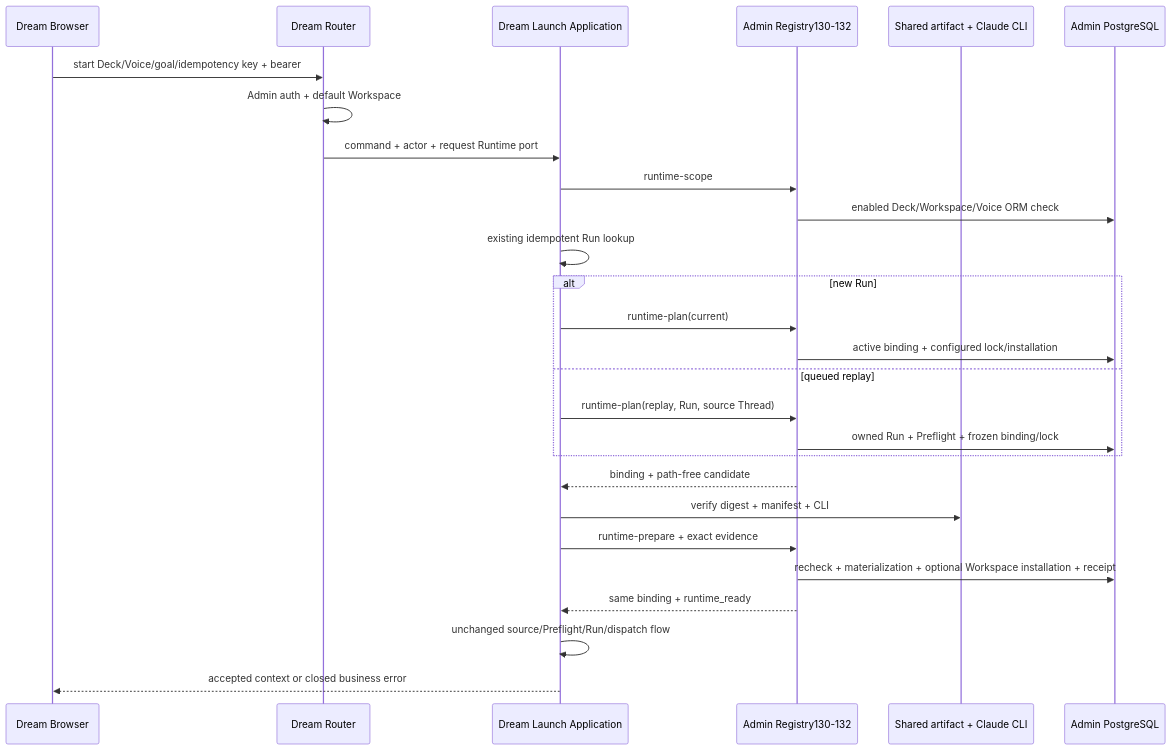
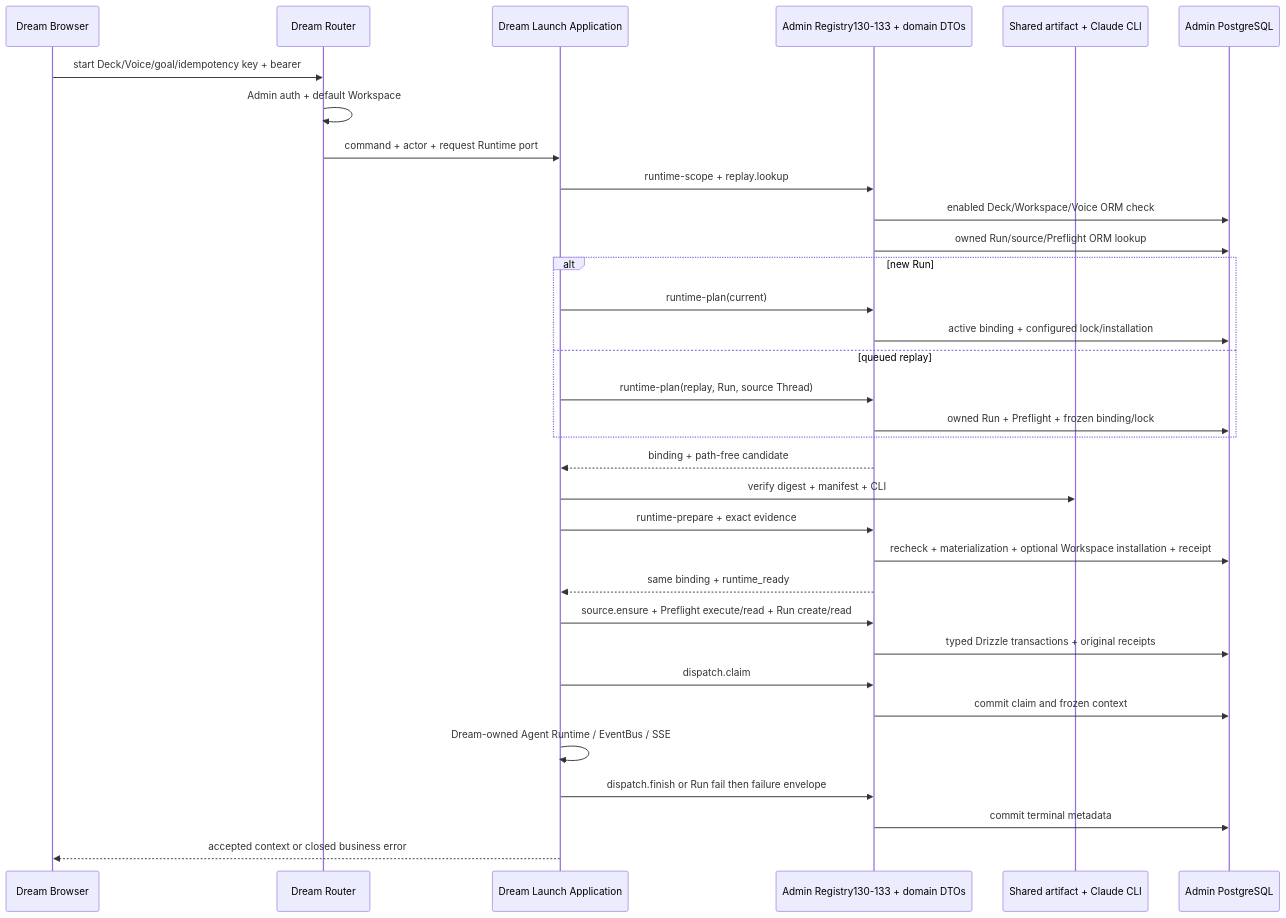
One commit to glide-the/im-dream changed the first of 8 diagrams in docs/architecture/admin-auth-data-interaction.md. Above: the diagram before and after it, drawn with Mermaid. The commit also changed other lines of this file and 22 other files, not shown here.

````diff
--- a/docs/architecture/admin-auth-data-interaction.md
+++ b/docs/architecture/admin-auth-data-interaction.md
@@ -46,29 +49,35 @@
 ```mermaid
 sequenceDiagram
   participant B as Dream Browser
   participant R as Dream Router
   participant L as Dream Launch Application
-  participant A as Admin Registry130-132
+  participant A as Admin Registry130-133 + domain DTOs
   participant F as Shared artifact + Claude CLI
   participant P as Admin PostgreSQL
   B->>R: start Deck/Voice/goal/idempotency key + bearer
   R->>R: Admin auth + default Workspace
   R->>L: command + actor + request Runtime port
-  L->>A: runtime-scope
+  L->>A: runtime-scope + replay.lookup
   A->>P: enabled Deck/Workspace/Voice ORM check
-  L->>L: existing idempotent Run lookup
+  A->>P: owned Run/source/Preflight ORM lookup
   alt new Run
     L->>A: runtime-plan(current)
     A->>P: active binding + configured lock/installation
   else queued replay
     L->>A: runtime-plan(replay, Run, source Thread)
     A->>P: owned Run + Preflight + frozen binding/lock
   end
   A-->>L: binding + path-free candidate
   L->>F: verify digest + manifest + CLI
   L->>A: runtime-prepare + exact evidence
   A->>P: recheck + materialization + optional Workspace installation + receipt
   A-->>L: same binding + runtime_ready
-  L->>L: unchanged source/Preflight/Run/dispatch flow
+  L->>A: source.ensure + Preflight execute/read + Run create/read
+  A->>P: typed Drizzle transactions + original receipts
+  L->>A: dispatch.claim
+  A->>P: commit claim and frozen context
+  L->>L: Dream-owned Agent Runtime / EventBus / SSE
+  L->>A: dispatch.finish or Run fail then failure envelope
+  A->>P: commit terminal metadata
   L-->>B: accepted context or closed business error
 ```
````
